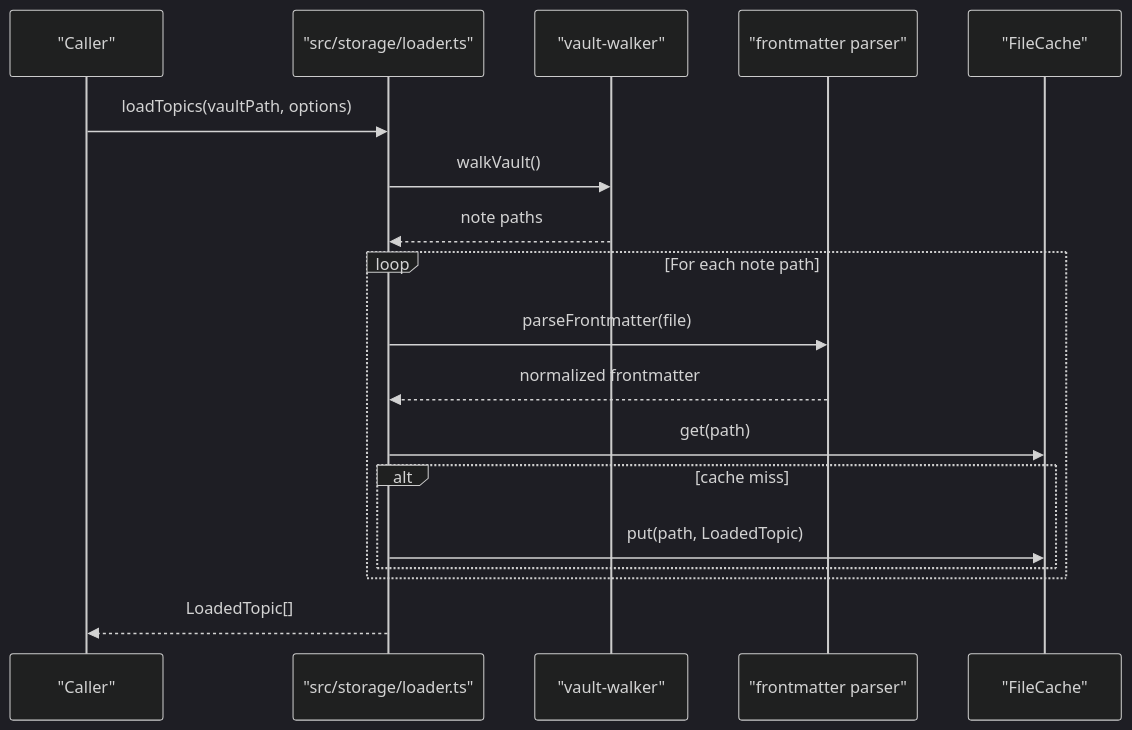
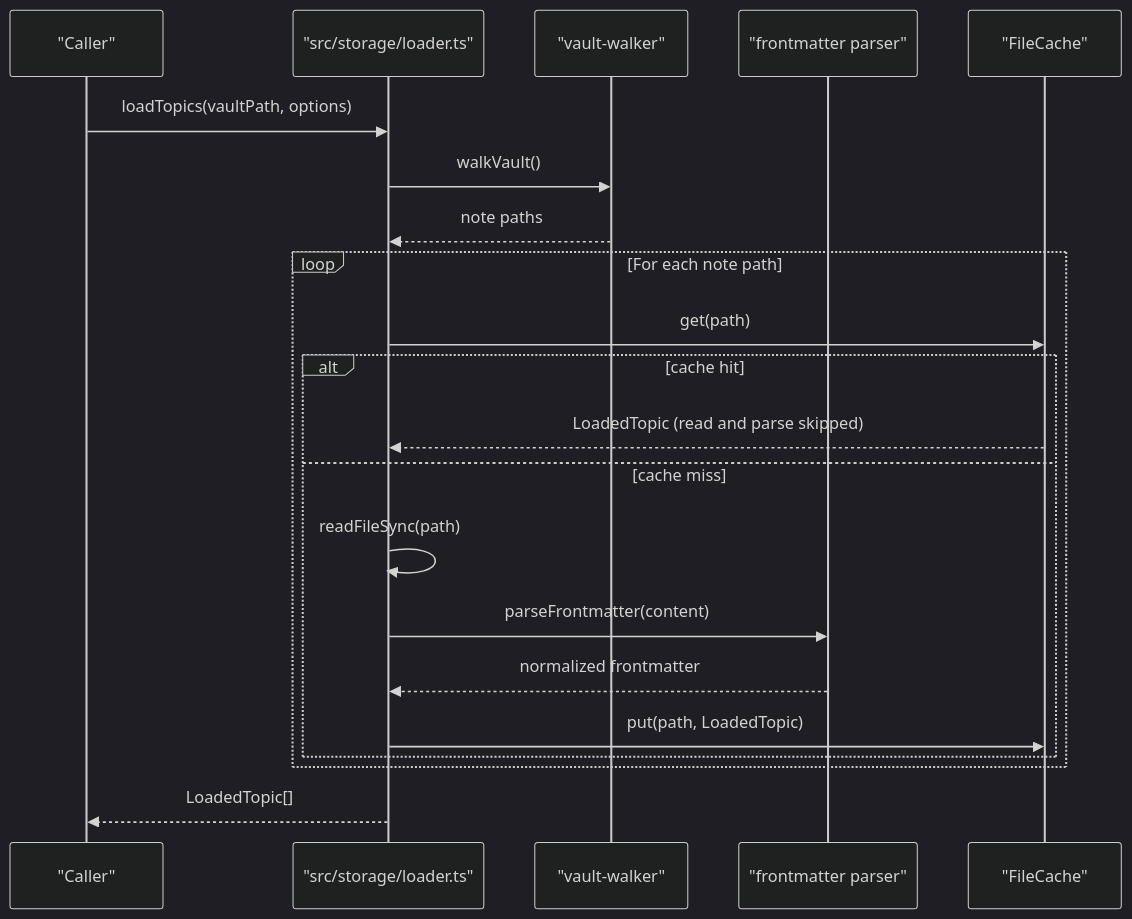
Before and after one commit to Kuldeep2822k/palee-architecture: the fourth of 10 diagrams in Architecture Overview/Layered Architecture Design.md, drawn with Mermaid (dark theme). The commit also changed other lines of this file and 6 other files, not shown here.

Commit message:
docs(overview): fix layering rule, flowchart edges and atomic-write order

````diff
--- a/Architecture Overview/Layered Architecture Design.md
+++ b/Architecture Overview/Layered Architecture Design.md
@@ -159,21 +159,24 @@
 ```mermaid
 sequenceDiagram
     participant Caller as "Caller"
     participant Loader as "src/storage/loader.ts"
     participant Walker as "vault-walker"
     participant Parser as "frontmatter parser"
     participant Cache as "FileCache"
 
     Caller->>Loader: loadTopics(vaultPath, options)
     Loader->>Walker: walkVault()
     Walker-->>Loader: note paths
     loop For each note path
-        Loader->>Parser: parseFrontmatter(file)
-        Parser-->>Loader: normalized frontmatter
         Loader->>Cache: get(path)
-        alt cache miss
+        alt cache hit
+            Cache-->>Loader: LoadedTopic (read and parse skipped)
+        else cache miss
+            Loader->>Loader: readFileSync(path)
+            Loader->>Parser: parseFrontmatter(content)
+            Parser-->>Loader: normalized frontmatter
             Loader->>Cache: put(path, LoadedTopic)
         end
     end
     Loader-->>Caller: LoadedTopic[]
 ```
````
